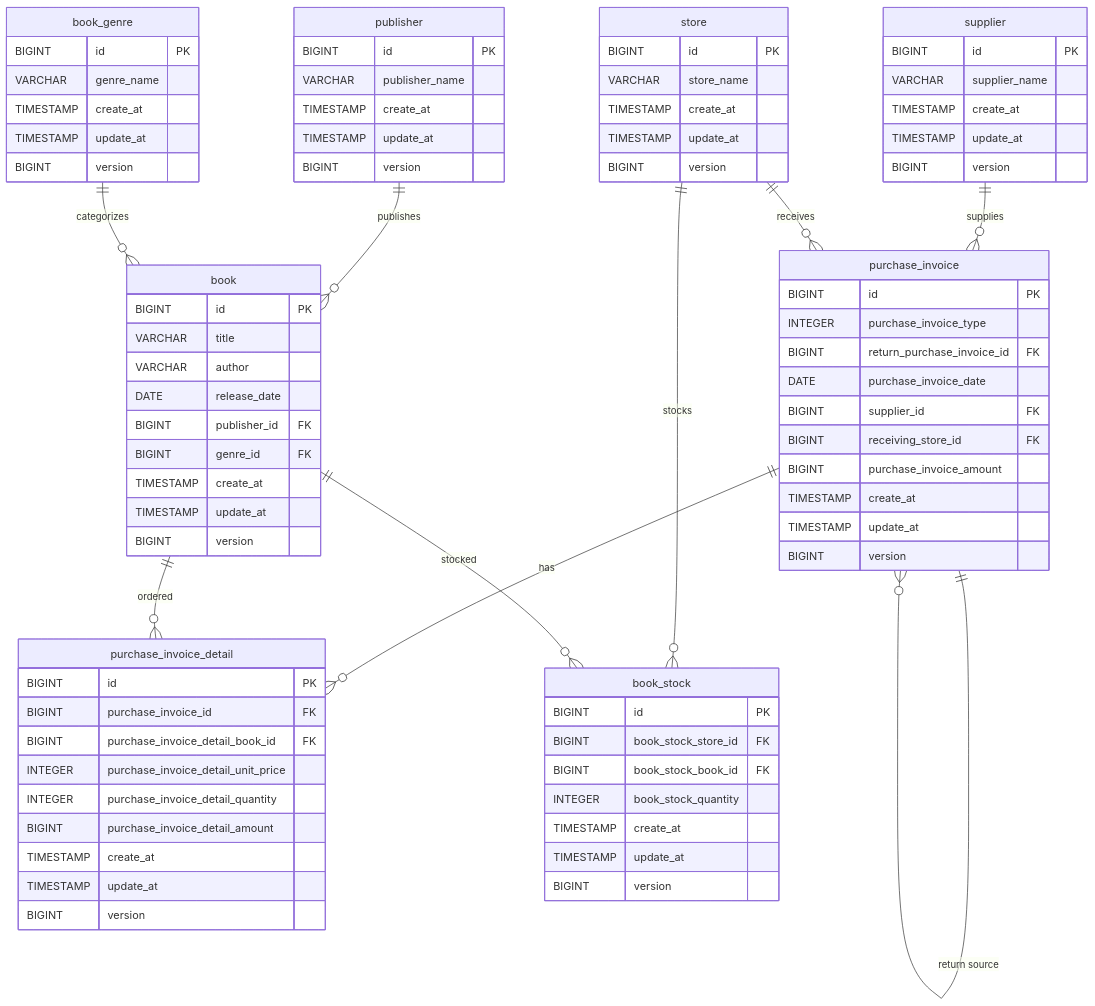
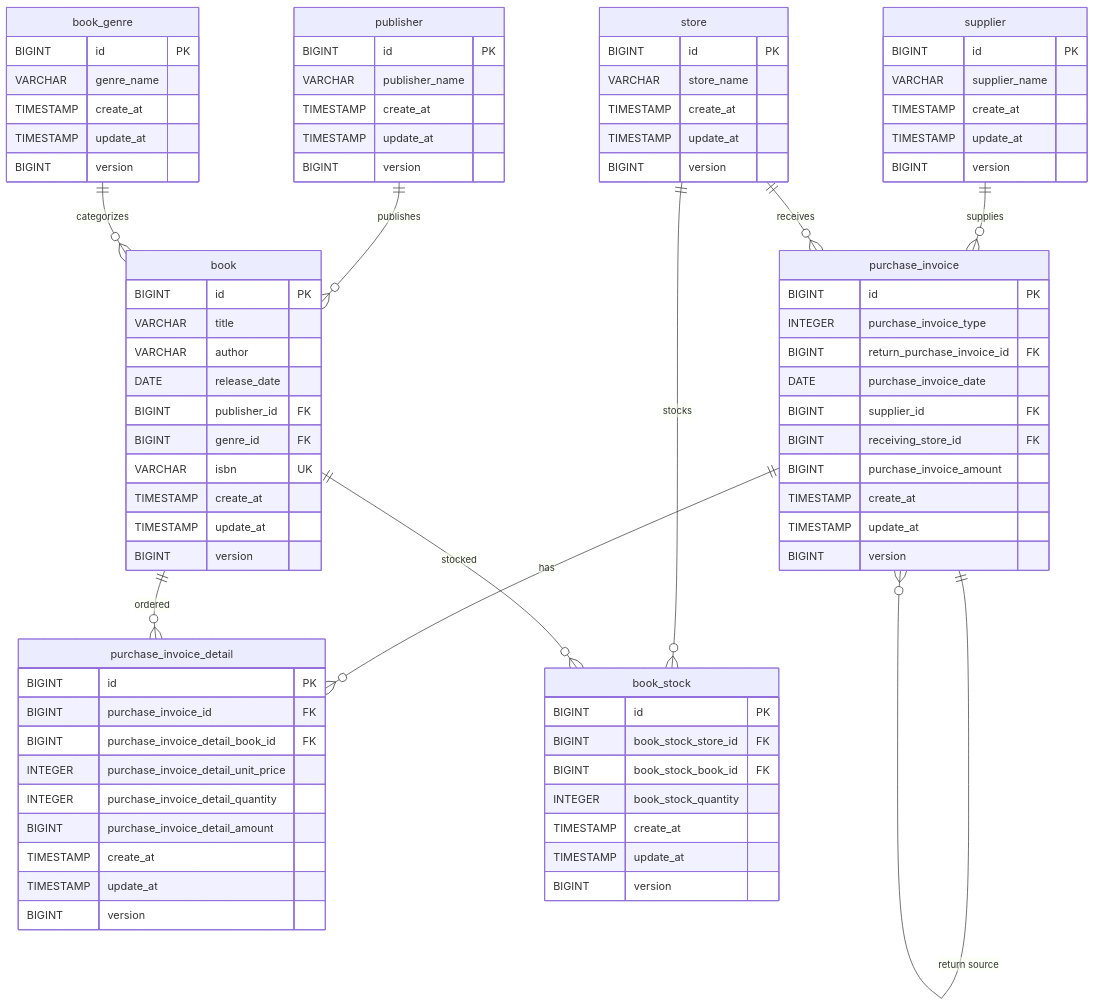
The diagram in spring_java_orm_sample/readme.md (nagaokambeyond/samples), drawn with Mermaid before and after one commit. The commit also changed 45 other files, not shown here.

```diff
--- a/spring_java_orm_sample/readme.md
+++ b/spring_java_orm_sample/readme.md
@@ -64,6 +64,7 @@
         DATE release_date
         BIGINT publisher_id FK
         BIGINT genre_id FK
+        VARCHAR isbn UK
         TIMESTAMP create_at
         TIMESTAMP update_at
         BIGINT version
```
